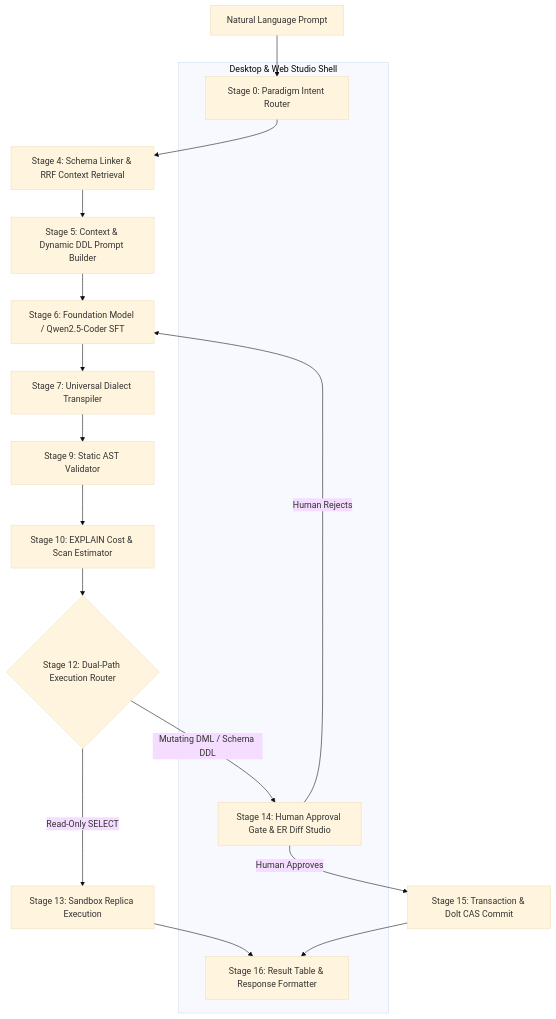
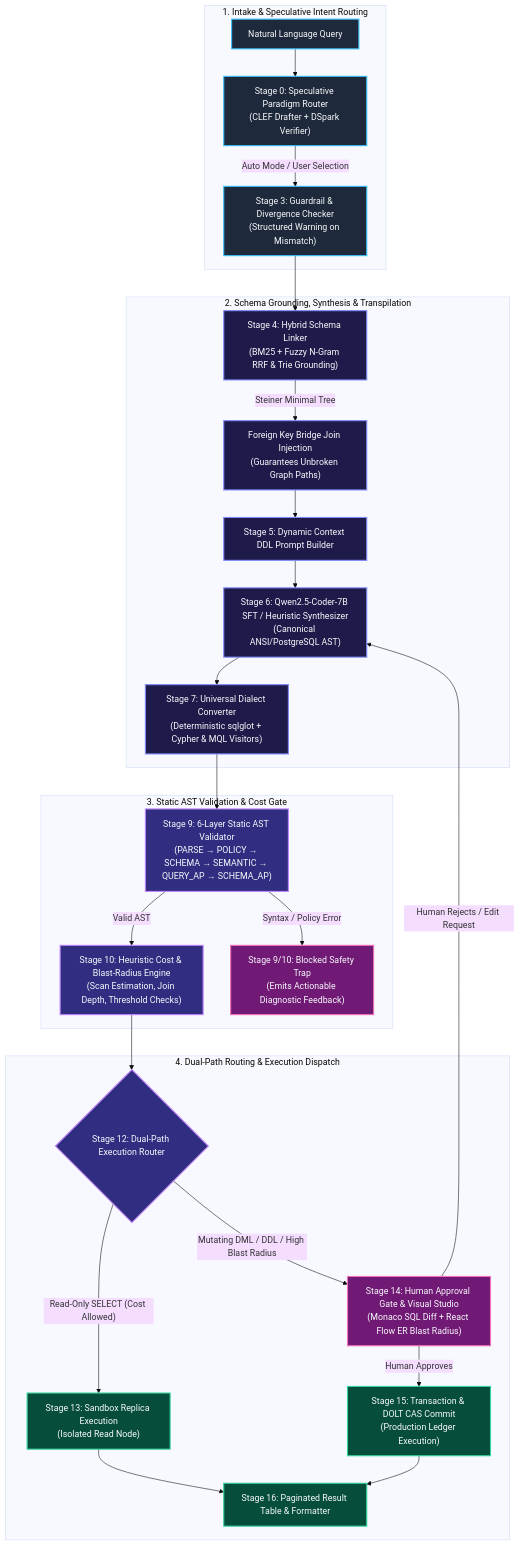
Before and after one commit to VanshikaKritiSingh/NL2SQL: the first of 4 diagrams in README.md, drawn with Mermaid (base theme). The commit also changed other lines of this file and 1 other file, not shown here.

Commit message:
docs: enrich architecture diagrams and add class hierarchy specs

````diff
--- a/README.md
+++ b/README.md
@@ -42,25 +43,40 @@
 ```mermaid
 flowchart TD
-    NL[Natural Language Prompt] --> M0[Stage 0: Paradigm Intent Router]
-    M0 --> M4[Stage 4: Schema Linker & RRF Context Retrieval]
-    M4 --> M5[Stage 5: Context & Dynamic DDL Prompt Builder]
-    M5 --> M6[Stage 6: Foundation Model / Qwen2.5-Coder SFT]
-    M6 --> M7[Stage 7: Universal Dialect Transpiler]
-    M7 --> M9[Stage 9: Static AST Validator]
-    M9 --> M10[Stage 10: EXPLAIN Cost & Scan Estimator]
-    M10 --> M12{Stage 12: Dual-Path Execution Router}
-    
-    M12 -->|Read-Only SELECT| M13[Stage 13: Sandbox Replica Execution]
-    M12 -->|Mutating DML / Schema DDL| M14[Stage 14: Human Approval Gate & ER Diff Studio]
-    
-    M13 --> M16[Stage 16: Result Table & Response Formatter]
-    M14 -->|Human Approves| M15[Stage 15: Transaction & Dolt CAS Commit]
-    M14 -->|Human Rejects| M6
-    M15 --> M16
-    
-    subgraph UI_Studio [Desktop & Web Studio Shell]
-        M0
-        M14
-        M16
+    classDef intake fill:#1e293b,stroke:#38bdf8,stroke-width:2px,color:#f8fafc;
+    classDef ai fill:#1e1b4b,stroke:#818cf8,stroke-width:2px,color:#f8fafc;
+    classDef safety fill:#312e81,stroke:#c084fc,stroke-width:2px,color:#f8fafc;
+    classDef gate fill:#701a75,stroke:#f472b6,stroke-width:2px,color:#f8fafc;
+    classDef exec fill:#064e3b,stroke:#34d399,stroke-width:2px,color:#f8fafc;
+
+    subgraph Layer_Intake ["1. Intake & Speculative Intent Routing"]
+        NL["Natural Language Query"]:::intake --> S0["Stage 0: Speculative Paradigm Router<br/>(CLEF Drafter + DSpark Verifier)"]:::intake
+        S0 -->|"Auto Mode / User Selection"| S3["Stage 3: Guardrail & Divergence Checker<br/>(Structured Warning on Mismatch)"]:::intake
+    end
+
+    subgraph Layer_AI ["2. Schema Grounding, Synthesis & Transpilation"]
+        S3 --> S4["Stage 4: Hybrid Schema Linker<br/>(BM25 + Fuzzy N-Gram RRF & Trie Grounding)"]:::ai
+        S4 -->|"Steiner Minimal Tree"| S4B["Foreign Key Bridge Join Injection<br/>(Guarantees Unbroken Graph Paths)"]:::ai
+        S4B --> S5["Stage 5: Dynamic Context DDL Prompt Builder"]:::ai
+        S5 --> S6["Stage 6: Qwen2.5-Coder-7B SFT / Heuristic Synthesizer<br/>(Canonical ANSI/PostgreSQL AST)"]:::ai
+        S6 --> S7["Stage 7: Universal Dialect Converter<br/>(Deterministic sqlglot + Cypher & MQL Visitors)"]:::ai
+    end
+
+    subgraph Layer_Safety ["3. Static AST Validation & Cost Gate"]
+        S7 --> S9["Stage 9: 6-Layer Static AST Validator<br/>(PARSE → POLICY → SCHEMA → SEMANTIC → QUERY_AP → SCHEMA_AP)"]:::safety
+        S9 -->|"Valid AST"| S10["Stage 10: Heuristic Cost & Blast-Radius Engine<br/>(Scan Estimation, Join Depth, Threshold Checks)"]:::safety
+        S9 -->|"Syntax / Policy Error"| BLOCKED["Stage 9/10: Blocked Safety Trap<br/>(Emits Actionable Diagnostic Feedback)"]:::gate
+    end
+
+    subgraph Layer_Execution ["4. Dual-Path Routing & Execution Dispatch"]
+        S10 --> S12{"Stage 12: Dual-Path Execution Router"}:::safety
+        
+        S12 -->|"Read-Only SELECT (Cost Allowed)"| S13["Stage 13: Sandbox Replica Execution<br/>(Isolated Read Node)"]:::exec
+        S12 -->|"Mutating DML / DDL / High Blast Radius"| S14["Stage 14: Human Approval Gate & Visual Studio<br/>(Monaco SQL Diff + React Flow ER Blast Radius)"]:::gate
+        
+        S14 -->|"Human Approves"| S15["Stage 15: Transaction & DOLT CAS Commit<br/>(Production Ledger Execution)"]:::exec
+        S14 -->|"Human Rejects / Edit Request"| S6
+        
+        S13 --> S16["Stage 16: Paginated Result Table & Formatter"]:::exec
+        S15 --> S16
     end
 ```
````
